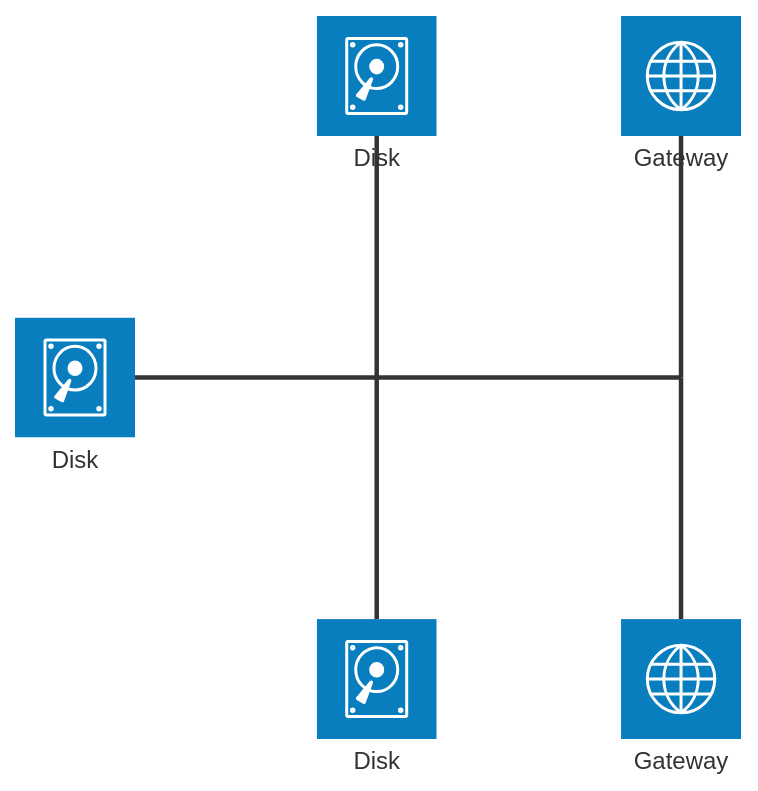
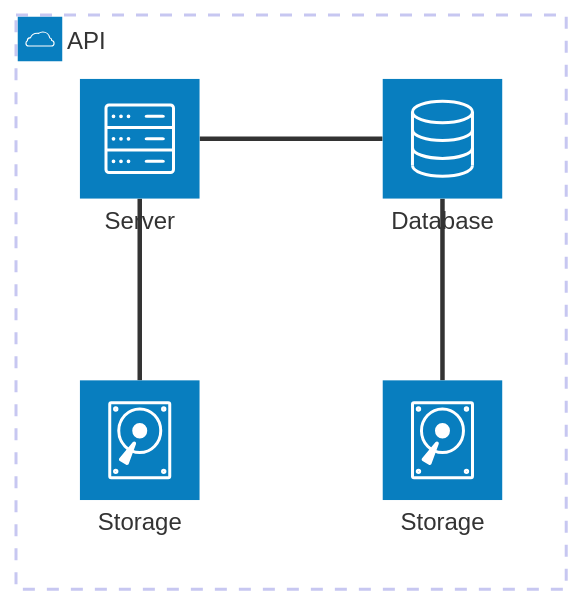
Before and after one commit to FabrizioC01/CROSServer: the diagram in README.md, drawn with Mermaid.

````diff
--- a/README.md
+++ b/README.md
@@ -1,18 +1,15 @@
 ```mermaid
 architecture-beta
-    service left_disk(disk)[Disk]
-    service top_disk(disk)[Disk]
-    service bottom_disk(disk)[Disk]
-    service top_gateway(internet)[Gateway]
-    service bottom_gateway(internet)[Gateway]
-    junction junctionCenter
-    junction junctionRight
+    group api(cloud)[API]
 
-    left_disk:R -- L:junctionCenter
-    top_disk:B -- T:junctionCenter
-    bottom_disk:T -- B:junctionCenter
-    junctionCenter:R -- L:junctionRight
-    top_gateway:B -- T:junctionRight
-    bottom_gateway:T -- B:junctionRight
+    service db(database)[Database] in api
+    service disk1(disk)[Storage] in api
+    service disk2(disk)[Storage] in api
+    service server(server)[Server] in api
+
+    db:L -- R:server
+    disk1:T -- B:server
+    disk2:T -- B:db
+
 
 ```
````
